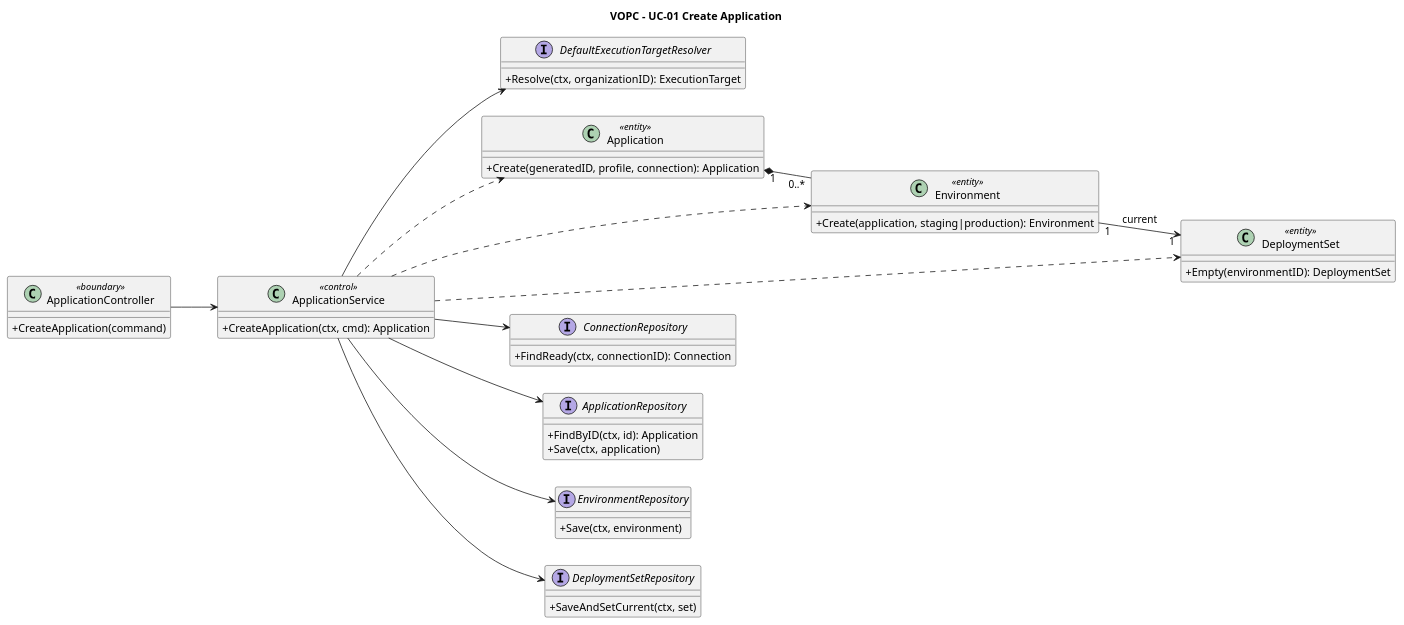
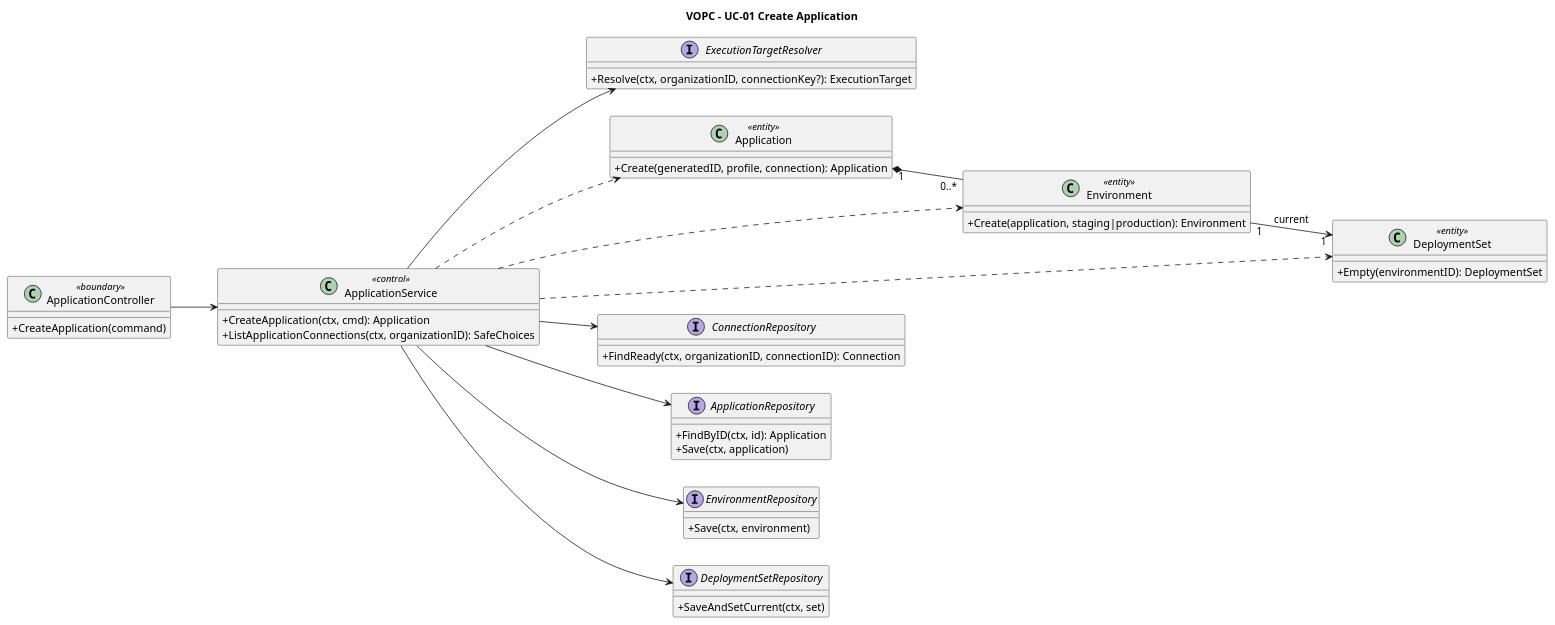
One commit to pr3s3nt/poc changed the diagram in orchestrator_docs/usecase/UC-01/vopc.puml. Above: the diagram before and after it, drawn with PlantUML. The commit also changed 76 other files, not shown here.

Commit message:
feat: select application deployment connection at creation

```diff
--- a/orchestrator_docs/usecase/UC-01/vopc.puml
+++ b/orchestrator_docs/usecase/UC-01/vopc.puml
@@ -1,47 +1,48 @@
 @startuml
 title VOPC - UC-01 Create Application
 left to right direction
 skinparam classAttributeIconSize 0
 class ApplicationController <<boundary>> {
   +CreateApplication(command)
 }
 class ApplicationService <<control>> {
   +CreateApplication(ctx, cmd): Application
+  +ListApplicationConnections(ctx, organizationID): SafeChoices
 }
-interface DefaultExecutionTargetResolver {
-  +Resolve(ctx, organizationID): ExecutionTarget
+interface ExecutionTargetResolver {
+  +Resolve(ctx, organizationID, connectionKey?): ExecutionTarget
 }
 class Application <<entity>> {
   +Create(generatedID, profile, connection): Application
 }
 class Environment <<entity>> {
   +Create(application, staging|production): Environment
 }
 class DeploymentSet <<entity>> {
   +Empty(environmentID): DeploymentSet
 }
 interface ConnectionRepository {
-  +FindReady(ctx, connectionID): Connection
+  +FindReady(ctx, organizationID, connectionID): Connection
 }
 interface ApplicationRepository {
   +FindByID(ctx, id): Application
   +Save(ctx, application)
 }
 interface EnvironmentRepository {
   +Save(ctx, environment)
 }
 interface DeploymentSetRepository {
   +SaveAndSetCurrent(ctx, set)
 }
 ApplicationController --> ApplicationService
-ApplicationService --> DefaultExecutionTargetResolver
+ApplicationService --> ExecutionTargetResolver
 ApplicationService --> ConnectionRepository
 ApplicationService --> ApplicationRepository
 ApplicationService --> EnvironmentRepository
 ApplicationService --> DeploymentSetRepository
 ApplicationService ..> Application
 ApplicationService ..> Environment
 ApplicationService ..> DeploymentSet
 Application "1" *-- "0..*" Environment
 Environment "1" --> "1" DeploymentSet : current
 @enduml
```
